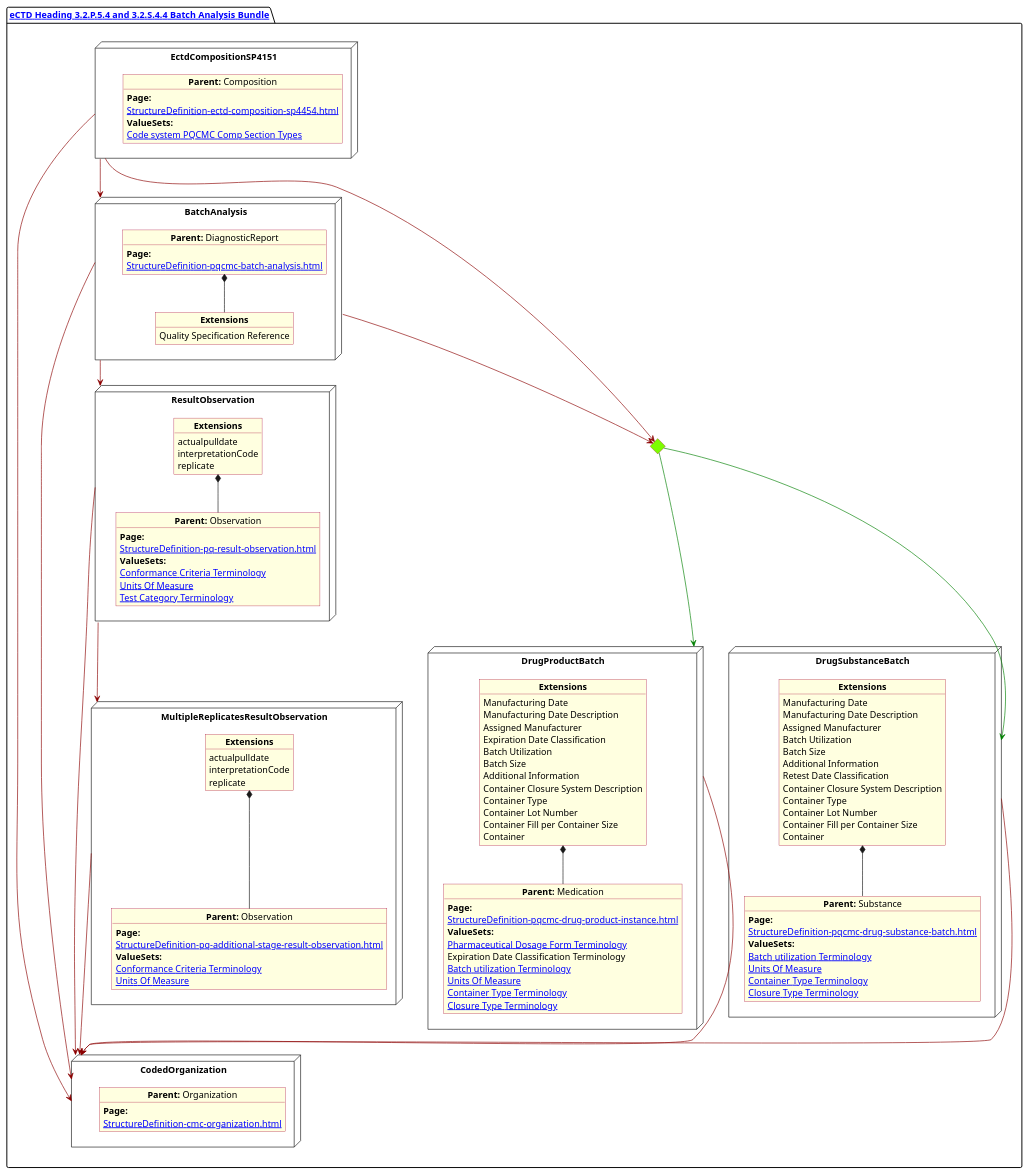
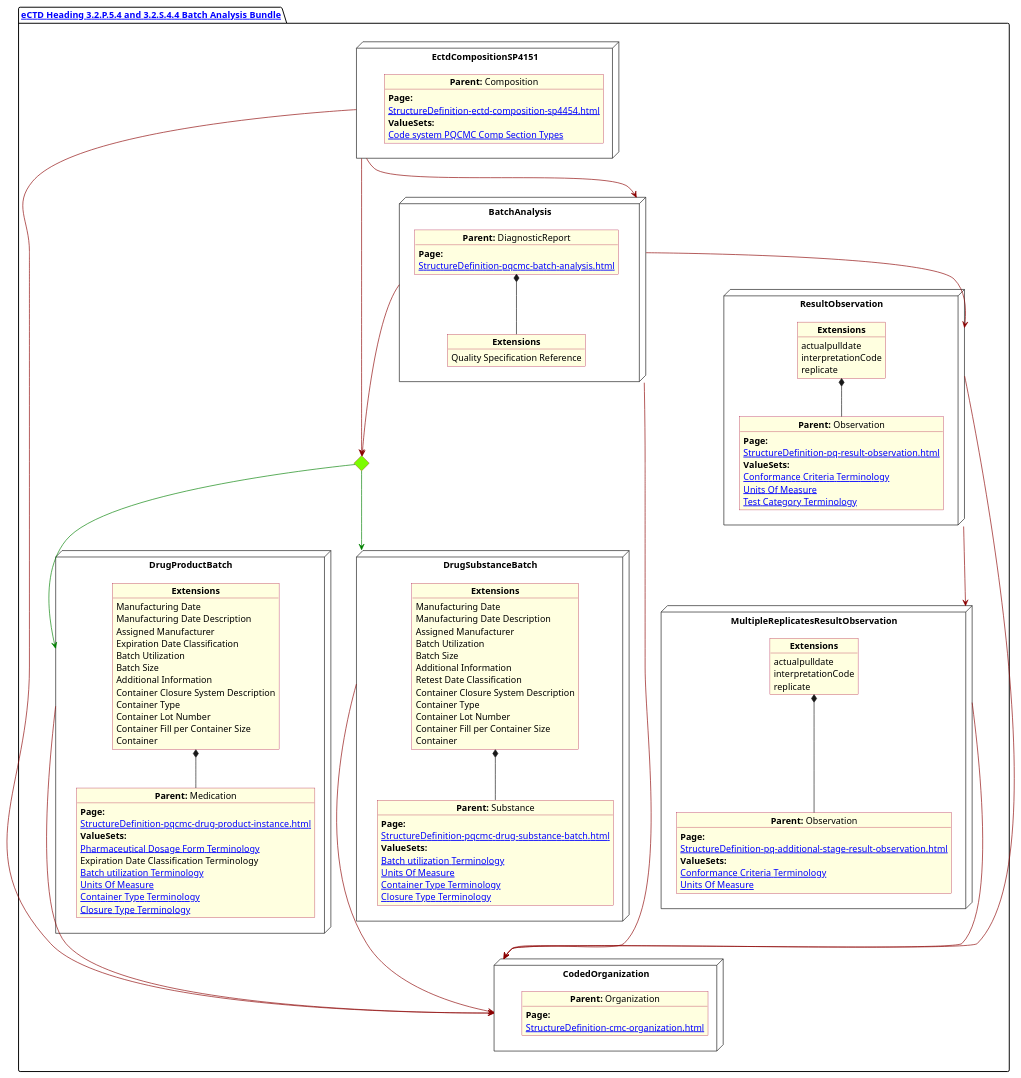
Before and after one commit to HL7/FHIR-us-pq-cmc-fda: the diagram in input/images-source/BatchAnalysis.plantuml, drawn with PlantUML. The commit also changed 3 other files, not shown here.

Commit message:
making plantuml verticle

```diff
--- a/input/images-source/BatchAnalysis.plantuml
+++ b/input/images-source/BatchAnalysis.plantuml
@@ -1,160 +1,157 @@
 @startuml BatchAnalysis
 allowmixing
 'Mixed model of use case and object
-skinparam svgDimensionStyle true
+skinparam svgDimensionStyle false
 skinparam ObjectBackgroundColor LightYellow
 skinparam ObjectBorderColor #A80036
 skinparam activityDiamondBorderColor #A80036
 skinparam activityDiamondBackgroundColor lawnGreen
 skinparam ClassBorderThickness 4
 
+
 package "[[StructureDefinition-cmc-ectd-document-sp4454.html eCTD Heading 3.2.P.5.4 and 3.2.S.4.4 Batch Analysis Bundle]]" as NODES {
-
-
-
-
   node "DrugProductBatch" as NN {
 
     object "**Parent:** Medication" as obj3 {
       **Page:**
       [[StructureDefinition-pqcmc-drug-product-instance.html]]
       **ValueSets:**
       [[ValueSet-spl-pharmaceutical-dosage-form-terminology.html Pharmaceutical Dosage Form Terminology]]
       Expiration Date Classification Terminology
       [[ValueSet-pqcmc-batch-utilization-terminology.html Batch utilization Terminology]]
       [[ValueSet-pqcmc-units-of-measure.html Units Of Measure]]
       [[ValueSet-pqcmc-container-type-terminology.html Container Type Terminology]]
       [[ValueSet-pqcmc-closure-type-terminology.html Closure Type Terminology]]
 
     }
 
     object "**Extensions**" as objExsBatch  {
       Manufacturing Date
       Manufacturing Date Description
       Assigned Manufacturer
       Expiration Date Classification
       Batch Utilization
       Batch Size
       Additional Information
       Container Closure System Description
       Container Type
       Container Lot Number
       Container Fill per Container Size
       Container
     }
     objExsBatch *-- obj3
   }
   node "BatchAnalysis" as N2 {
 
 
     object "**Parent:** DiagnosticReport" as obj2 {
       **Page:**
       [[StructureDefinition-pqcmc-batch-analysis.html]]
     }
     object "**Extensions**" as objQSEx {
       Quality Specification Reference
 
     }
     obj2 *-- objQSEx
   }
   node "CodedOrganization" as NSO {
 
     object "**Parent:** Organization" as objAu {
       **Page:**
       [[StructureDefinition-cmc-organization.html]]
       
     }
   }
   diamond CH
 
   node "DrugSubstanceBatch" as NNS {
 
     object "**Parent:** Substance" as obj4 {
       **Page:**
       [[StructureDefinition-pqcmc-drug-substance-batch.html]]
       **ValueSets:**
       [[ValueSet-pqcmc-batch-utilization-terminology.html Batch utilization Terminology]]
       [[ValueSet-pqcmc-units-of-measure.html Units Of Measure]]
       [[ValueSet-pqcmc-container-type-terminology.html Container Type Terminology]]
       [[ValueSet-pqcmc-closure-type-terminology.html Closure Type Terminology]]
     }
     object "**Extensions**" as objExs2 {
       Manufacturing Date
       Manufacturing Date Description
       Assigned Manufacturer
       Batch Utilization
       Batch Size
       Additional Information
       Retest Date Classification
       Container Closure System Description
       Container Type
       Container Lot Number
       Container Fill per Container Size
       Container
     }
 
     objExs2 *-- obj4
   }
 
   node "ResultObservation" as NNOBS {
 
     object "**Parent:** Observation" as observ3 {
       **Page:**
       [[StructureDefinition-pq-result-observation.html]]
       **ValueSets:**
       [[ValueSet-pqcmc-conformance-to-criteria-terminology.html Conformance Criteria Terminology]]
       [[ValueSet-pqcmc-units-of-measure.html Units Of Measure]]
       [[ValueSet-pqcmc-test-category-terminology.html Test Category Terminology]]
     }
     object "**Extensions**" as objExsObserv  {
       actualpulldate
       interpretationCode
       replicate
     }
     objExsObserv *-- observ3
   }
 
   node "MultipleReplicatesResultObservation" as NNstage {
 
     object "**Parent:** Observation" as observS {
       **Page:**
       [[StructureDefinition-pq-additional-stage-result-observation.html]]
       **ValueSets:**
       [[ValueSet-pqcmc-conformance-to-criteria-terminology.html Conformance Criteria Terminology]]
       [[ValueSet-pqcmc-units-of-measure.html Units Of Measure]]
     }
     object "**Extensions**" as objExsStageObs  {
       actualpulldate
       interpretationCode
       replicate
     }
 
     objExsStageObs *-- observS
   }
 
   node "EctdCompositionSP4151" as N1 {
 
     object "**Parent:** Composition" as obj1 {
       **Page:**
       [[StructureDefinition-ectd-composition-sp4454.html]]
       **ValueSets:**
       [[ValueSet-cmc-comp-section-types-vs.html Code system PQCMC Comp Section Types]]
     }
   }
 
 
-  N1 -[#darkred]--> CH
+  N1 -[#darkred]-> CH
   N1 -[#darkred]--> N2
   N1 -[#darkred]--> NSO
-  CH -[#green]--> NNS
-  CH -[#green]--> NN
+  CH -[#green]-> NNS
+  CH -[#green]-> NN
   NNS -[#darkred]--> NSO
   NN -[#darkred]--> NSO
   N2 -[#darkred]--> CH
   N2 -[#darkred]--> NSO
   N2 -[#darkred]-> NNOBS
   NNOBS -[#darkred]--> NSO
   NNOBS -[#darkred]--> NNstage
   NNstage -[#darkred]--> NSO
 }
 @enduml
```
